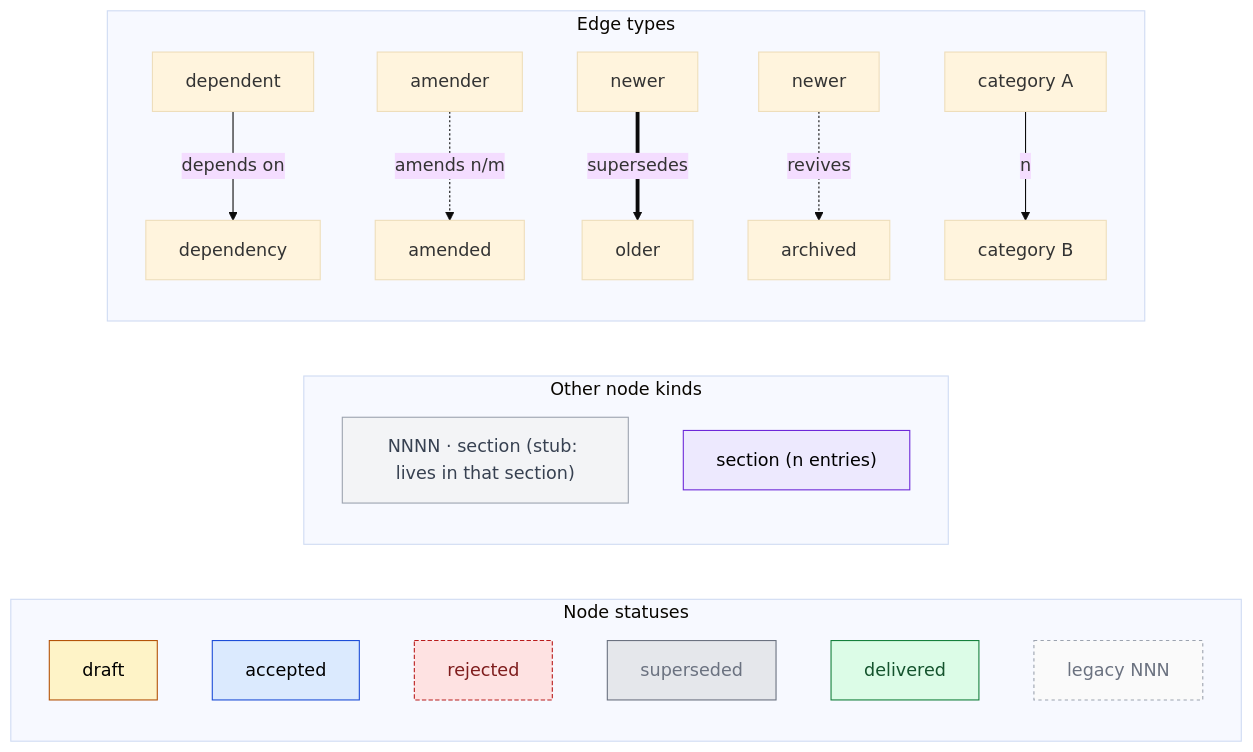
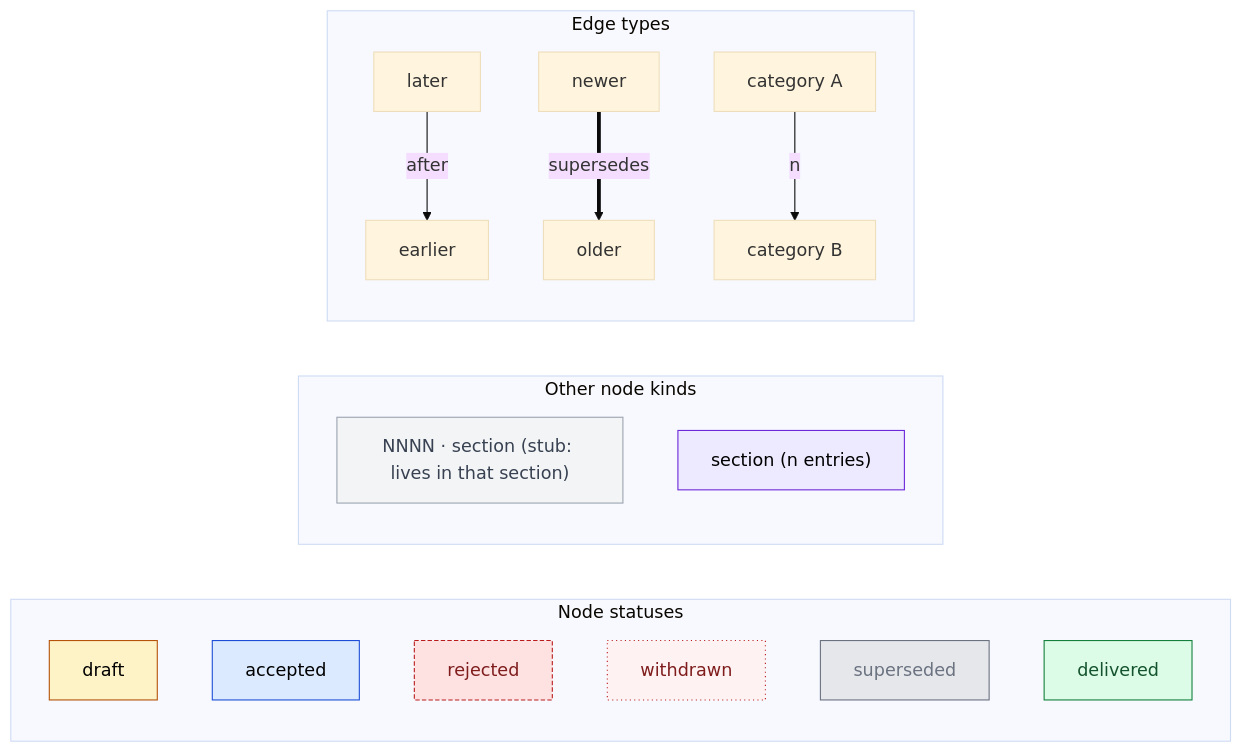
One commit to open-platform-model/enhancements changed the sixth of 6 diagrams in GRAPH.md. Above: the diagram before and after it, drawn with Mermaid (base theme). The commit also changed other lines of this file and 1997 other files, not shown here.

````diff
--- a/GRAPH.md
+++ b/GRAPH.md
@@ -220,33 +207,31 @@
 ```mermaid
 graph LR
   classDef draft       fill:#fef3c7,stroke:#b45309,color:#000
   classDef accepted    fill:#dbeafe,stroke:#1d4ed8,color:#000
   classDef rejected    fill:#fee2e2,stroke:#b91c1c,color:#7f1d1d,stroke-dasharray:4 2
+  classDef withdrawn   fill:#fef2f2,stroke:#b91c1c,color:#7f1d1d,stroke-dasharray:1 3
   classDef superseded  fill:#e5e7eb,stroke:#6b7280,color:#6b7280
   classDef delivered   fill:#dcfce7,stroke:#15803d,color:#14532d
-  classDef legacy      fill:#fafafa,stroke:#9ca3af,color:#6b7280,stroke-dasharray:3 3
   classDef stub        fill:#f3f4f6,stroke:#9ca3af,color:#374151
   classDef category    fill:#ede9fe,stroke:#6d28d9,color:#000
 
   subgraph statuses ["Node statuses"]
     Ldraft["draft"]:::draft
     Laccepted["accepted"]:::accepted
     Lrejected["rejected"]:::rejected
+    Lwithdrawn["withdrawn"]:::withdrawn
     Lsuperseded["superseded"]:::superseded
     Ldelivered["delivered"]:::delivered
-    Llegacy["legacy NNN"]:::legacy
   end
 
   subgraph other ["Other node kinds"]
     Lstub["NNNN · section (stub: lives in that section)"]:::stub
     Lcategory["section (n entries)"]:::category
   end
 
   subgraph edges ["Edge types"]
-    Edep_a["dependent"] -->|depends on| Edep_b["dependency"]
-    Eam_a["amender"] -.->|amends n/m| Eam_b["amended"]
+    Eaft_a["later"] -->|after| Eaft_b["earlier"]
     Esup_new["newer"] ==>|supersedes| Esup_old["older"]
-    Erev_new["newer"] -.->|revives| Erev_old["archived"]
     Ecat_a["category A"] -->|n| Ecat_b["category B"]
   end
 ```
````
